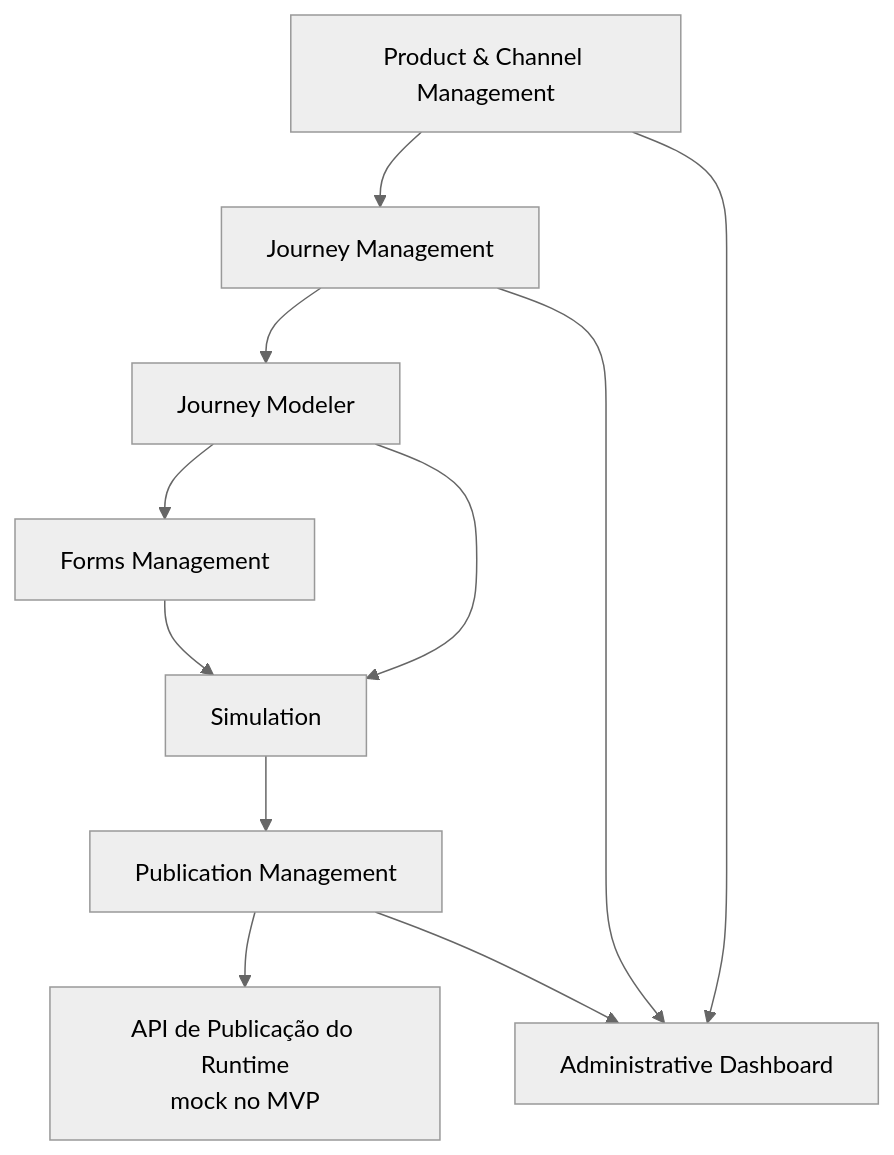
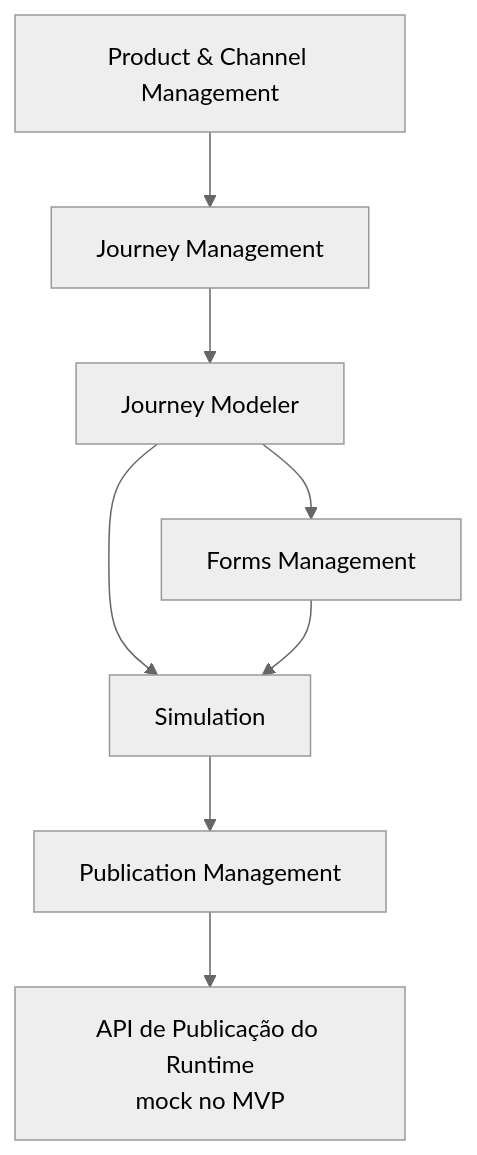
One commit to hermesnet-git/journey-admin changed the second of 7 diagrams in requisitos/admin/ej-admin-arquitetura-logica.md. Above: the diagram before and after it, drawn with Mermaid (neutral theme). The commit also changed other lines of this file and 15 other files, not shown here.

````diff
--- a/requisitos/admin/ej-admin-arquitetura-logica.md
+++ b/requisitos/admin/ej-admin-arquitetura-logica.md
@@ -126,23 +123,19 @@
 ```mermaid
 flowchart TD
     CATALOG[Product & Channel Management]
     JOURNEY[Journey Management]
     MODELER[Journey Modeler]
     FORMS[Forms Management]
     SIMULATION[Simulation]
     PUBLICATION[Publication Management]
-    DASHBOARD[Administrative Dashboard]
     RUNTIME_API[API de Publicação do Runtime<br/>mock no MVP]
 
     CATALOG --> JOURNEY
     JOURNEY --> MODELER
     MODELER --> FORMS
     MODELER --> SIMULATION
     FORMS --> SIMULATION
     SIMULATION --> PUBLICATION
     PUBLICATION --> RUNTIME_API
 
-    CATALOG --> DASHBOARD
-    JOURNEY --> DASHBOARD
-    PUBLICATION --> DASHBOARD
 ```
````
